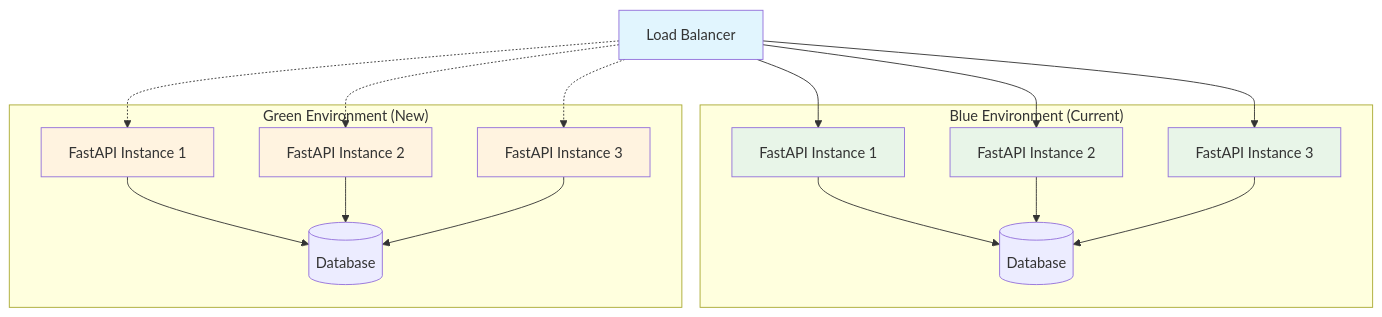
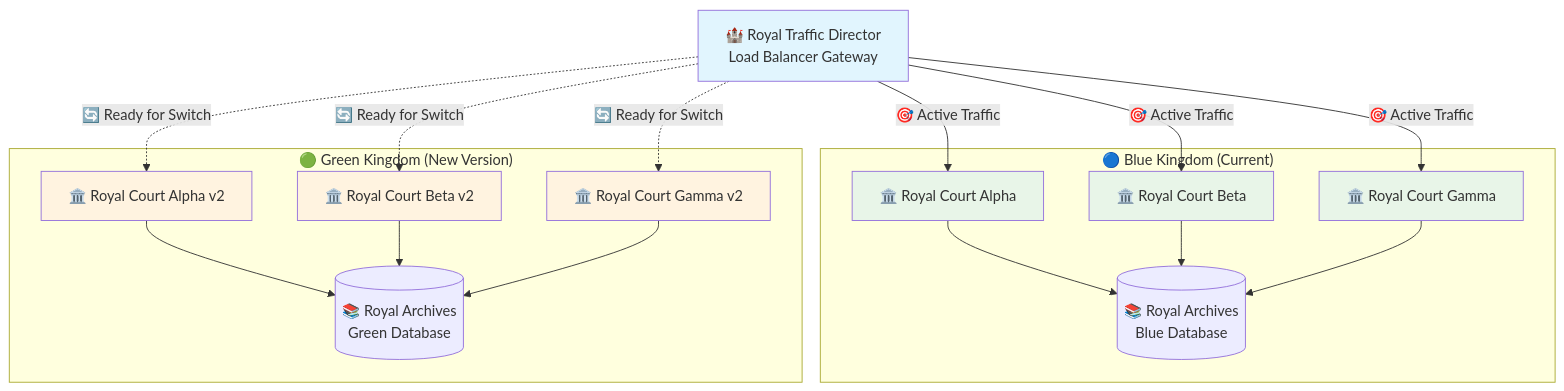
Before and after one commit to ridwanspace/restful-fastapi-guideline: the fourth of 4 diagrams in app/docs/03_intermediate/08-best-practices/page.mdx, drawn with Mermaid. The commit also changed other lines of this file, not shown here.

First line of the commit message:
Docs: Revamp best practices guide for enterprise FastAPI

````diff
--- a/app/docs/03_intermediate/08-best-practices/page.mdx
+++ b/app/docs/03_intermediate/08-best-practices/page.mdx
@@ -659,42 +1872,42 @@
 ```mermaid
 graph TB
-    LB[Load Balancer]
+    LB[🏰 Royal Traffic Director<br/>Load Balancer Gateway]
     
-    subgraph "Blue Environment (Current)"
-        B1[FastAPI Instance 1]
-        B2[FastAPI Instance 2]
-        B3[FastAPI Instance 3]
-        BDB[(Database)]
+    subgraph "🔵 Blue Kingdom (Current)"
+        B1[🏛️ Royal Court Alpha]
+        B2[🏛️ Royal Court Beta]
+        B3[🏛️ Royal Court Gamma]
+        BDB[(📚 Royal Archives<br/>Blue Database)]
     end
     
-    subgraph "Green Environment (New)"
-        G1[FastAPI Instance 1]
-        G2[FastAPI Instance 2]
-        G3[FastAPI Instance 3]
-        GDB[(Database)]
+    subgraph "🟢 Green Kingdom (New Version)"
+        G1[🏛️ Royal Court Alpha v2]
+        G2[🏛️ Royal Court Beta v2]
+        G3[🏛️ Royal Court Gamma v2]
+        GDB[(📚 Royal Archives<br/>Green Database)]
     end
     
-    LB --> B1
-    LB --> B2
-    LB --> B3
+    LB -->|🎯 Active Traffic| B1
+    LB -->|🎯 Active Traffic| B2
+    LB -->|🎯 Active Traffic| B3
     
-    LB -.-> G1
-    LB -.-> G2
-    LB -.-> G3
+    LB -.->|🔄 Ready for Switch| G1
+    LB -.->|🔄 Ready for Switch| G2
+    LB -.->|🔄 Ready for Switch| G3
     
     B1 --> BDB
     B2 --> BDB
     B3 --> BDB
     
     G1 --> GDB
     G2 --> GDB
     G3 --> GDB
     
     style LB fill:#e1f5fe
     style B1 fill:#e8f5e8
     style B2 fill:#e8f5e8
     style B3 fill:#e8f5e8
     style G1 fill:#fff3e0
     style G2 fill:#fff3e0
     style G3 fill:#fff3e0
 ```
````
